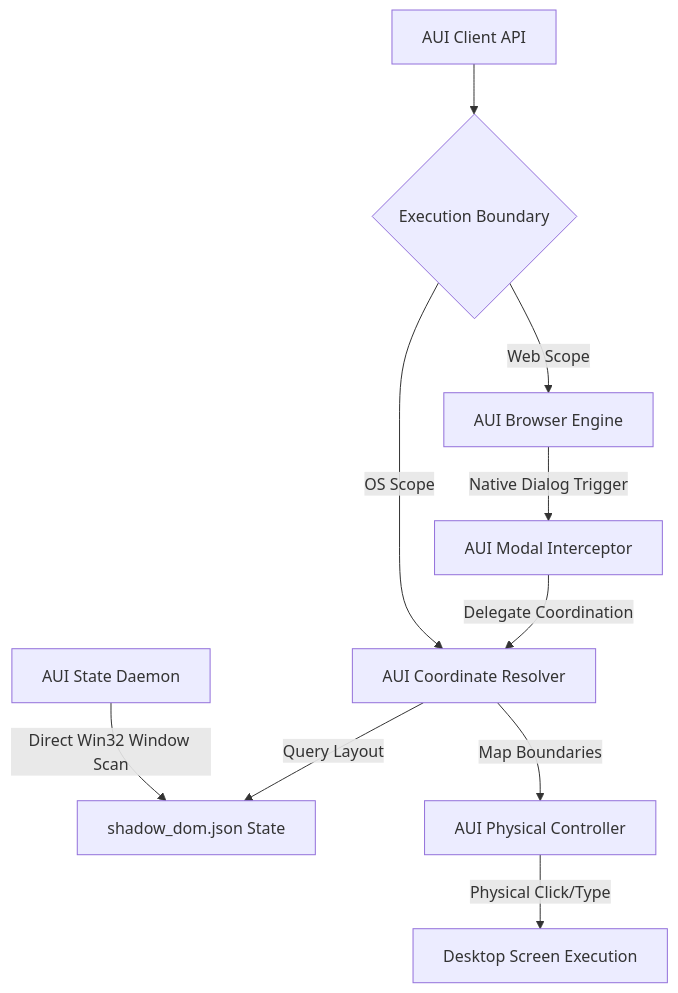
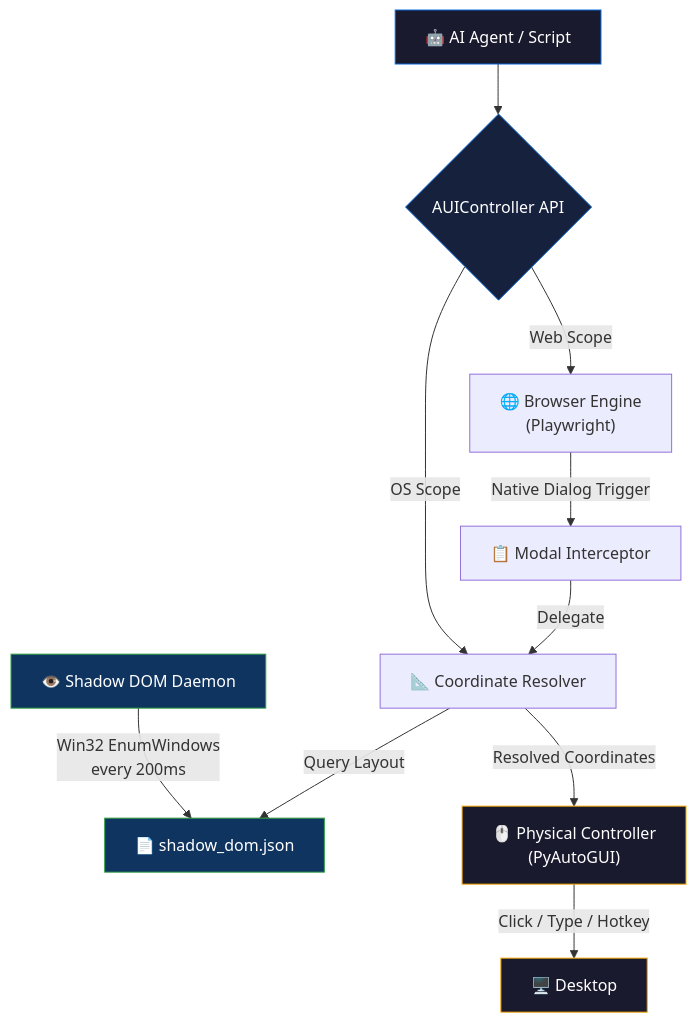
One commit to axtontc/AUI changed the diagram in README.md. Above: the diagram before and after it, drawn with Mermaid. The commit also changed other lines of this file and 7 other files, not shown here.

````diff
--- a/README.md
+++ b/README.md
@@ -26,15 +163,22 @@
 ```mermaid
 graph TD
-    A[AUI Client API] --> B{Execution Boundary}
-    B -->|Web Scope| C[AUI Browser Engine]
-    B -->|OS Scope| D[AUI Coordinate Resolver]
-    
-    E[AUI State Daemon] -->|Direct Win32 Window Scan| F[shadow_dom.json State]
+    A["🤖 AI Agent / Script"] --> B{"AUIController API"}
+    B -->|Web Scope| C["🌐 Browser Engine<br/>(Playwright)"]
+    B -->|OS Scope| D["📐 Coordinate Resolver"]
+
+    E["👁️ Shadow DOM Daemon"] -->|"Win32 EnumWindows<br/>every 200ms"| F["📄 shadow_dom.json"]
     D -->|Query Layout| F
-    
-    D -->|Map Boundaries| G[AUI Physical Controller]
-    G -->|Physical Click/Type| H[Desktop Screen Execution]
-    
-    C -->|Native Dialog Trigger| I[AUI Modal Interceptor]
-    I -->|Delegate Coordination| D
+
+    D -->|Resolved Coordinates| G["🖱️ Physical Controller<br/>(PyAutoGUI)"]
+    G -->|"Click / Type / Hotkey"| H["🖥️ Desktop"]
+
+    C -->|Native Dialog Trigger| I["📋 Modal Interceptor"]
+    I -->|Delegate| D
+
+    style A fill:#1a1a2e,stroke:#0969DA,color:#fff
+    style B fill:#16213e,stroke:#0969DA,color:#fff
+    style E fill:#0f3460,stroke:#2ea043,color:#fff
+    style F fill:#0f3460,stroke:#2ea043,color:#fff
+    style G fill:#1a1a2e,stroke:#F5A800,color:#fff
+    style H fill:#1a1a2e,stroke:#F5A800,color:#fff
 ```
````
